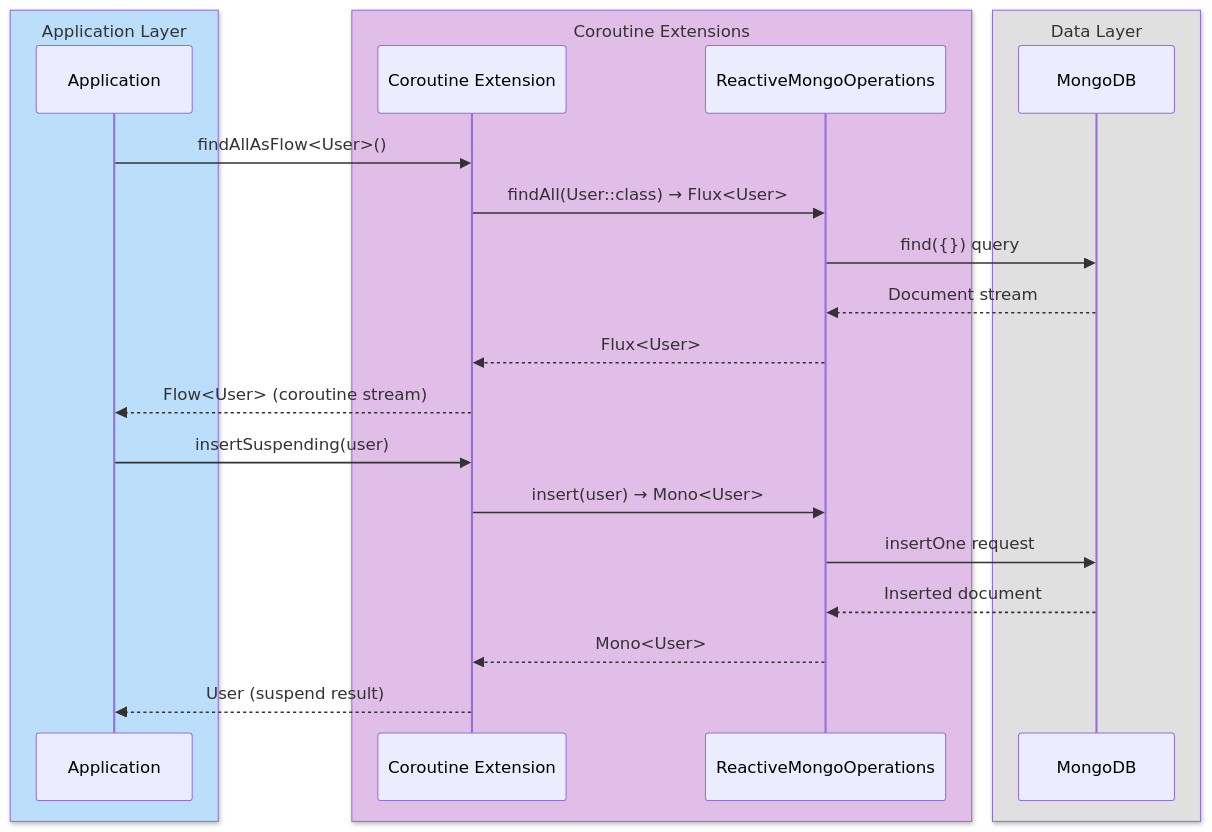
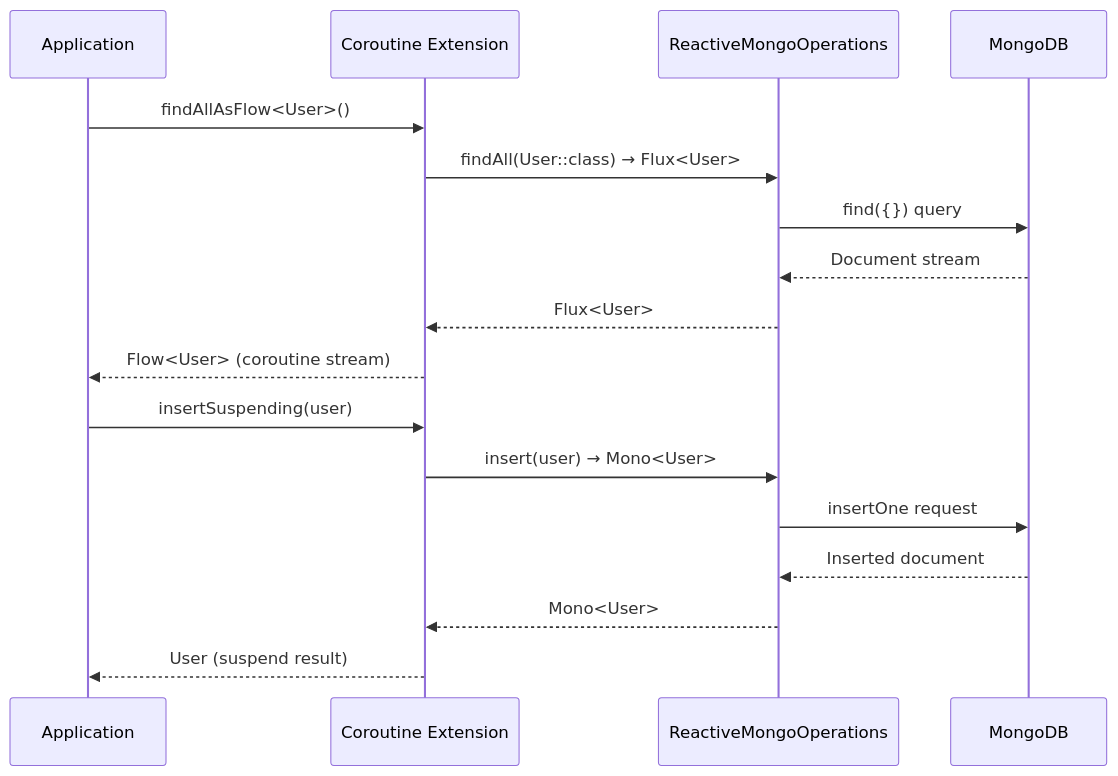
Before and after one commit to bluetape4k/bluetape4k-projects: the fourth of 4 diagrams in spring-boot3/mongodb/README.md, drawn with Mermaid. The commit also changed other lines of this file and 219 other files, not shown here.

First line of the commit message:
docs: 전체 README Mermaid 다이어그램 가이드 적용

````diff
--- a/spring-boot3/mongodb/README.md
+++ b/spring-boot3/mongodb/README.md
@@ -330,27 +330,21 @@
 ```mermaid
 sequenceDiagram
-    box rgb(187,222,251) Application Layer
         participant App as Application
-    end
-    box rgb(225,190,231) Coroutine Extensions
         participant Ext as Coroutine Extension
         participant Ops as ReactiveMongoOperations
-    end
-    box rgb(224,224,224) Data Layer
         participant DB as MongoDB
-    end
 
     App->>Ext: findAllAsFlow<User>()
     Ext->>Ops: findAll(User::class) → Flux<User>
     Ops->>DB: find({}) query
     DB-->>Ops: Document stream
     Ops-->>Ext: Flux<User>
     Ext-->>App: Flow<User> (coroutine stream)
 
     App->>Ext: insertSuspending(user)
     Ext->>Ops: insert(user) → Mono<User>
     Ops->>DB: insertOne request
     DB-->>Ops: Inserted document
     Ops-->>Ext: Mono<User>
     Ext-->>App: User (suspend result)
 ```
````
